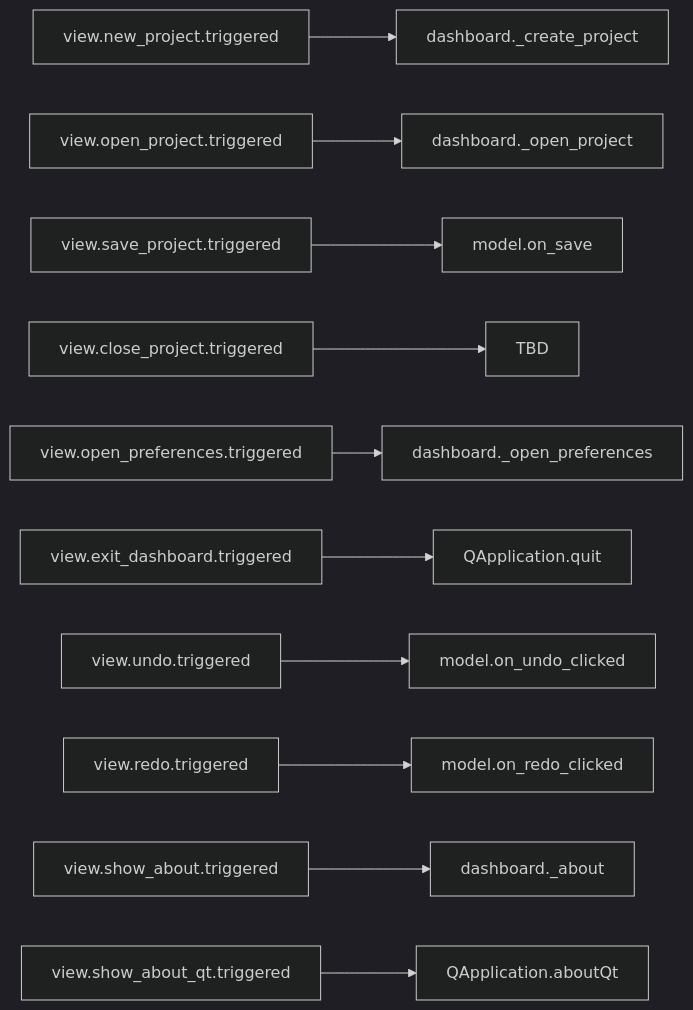
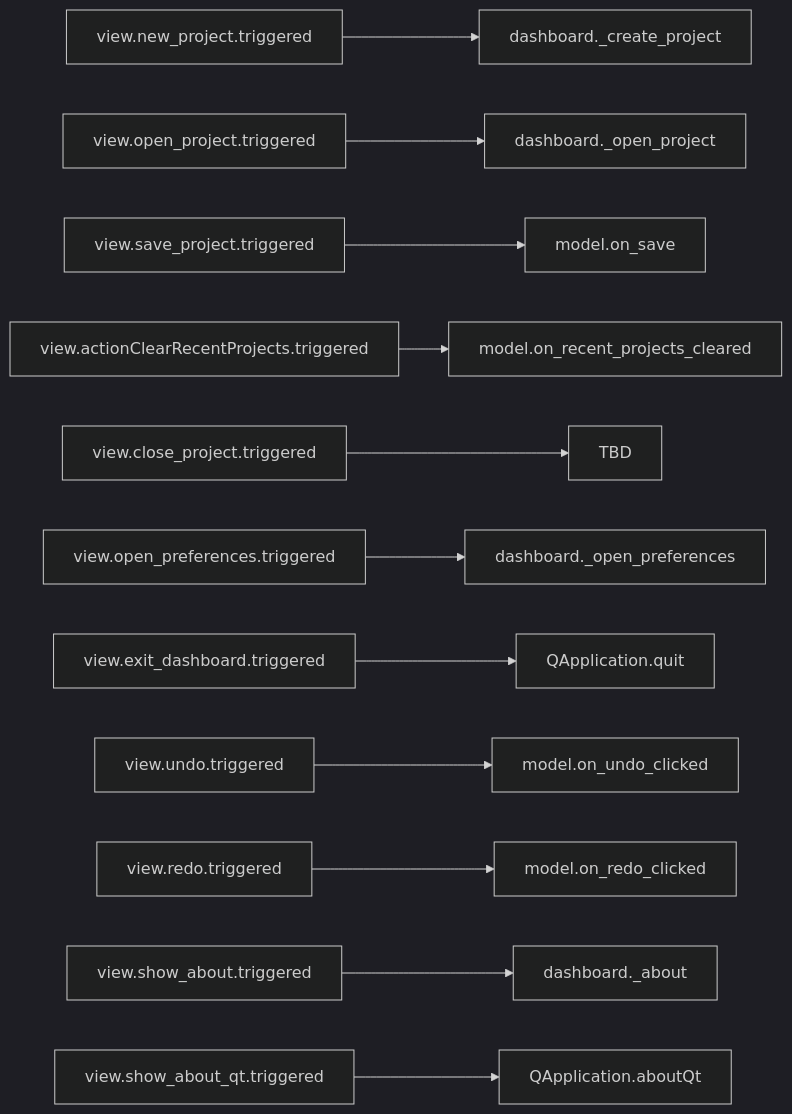
The second of 10 diagrams in doc/source/dashboard_signal_slot_map.rst (com-posers-pit/smw_music), drawn with Mermaid (dark theme) before and after one commit. The commit also changed other lines of this file and 3 other files, not shown here.

```diff
--- a/doc/source/dashboard_signal_slot_map.rst
+++ b/doc/source/dashboard_signal_slot_map.rst
@@ -33,13 +39,14 @@
 .. mermaid::
 
    flowchart LR
       view.new_project.triggered --> dashboard._create_project
       view.open_project.triggered --> dashboard._open_project
       view.save_project.triggered --> model.on_save
+      view.actionClearRecentProjects.triggered --> model.on_recent_projects_cleared
       view.close_project.triggered --> TBD
       view.open_preferences.triggered --> dashboard._open_preferences
       view.exit_dashboard.triggered --> QApplication.quit
       view.undo.triggered --> model.on_undo_clicked
       view.redo.triggered --> model.on_redo_clicked
       view.show_about.triggered --> dashboard._about
       view.show_about_qt.triggered --> QApplication.aboutQt
```
